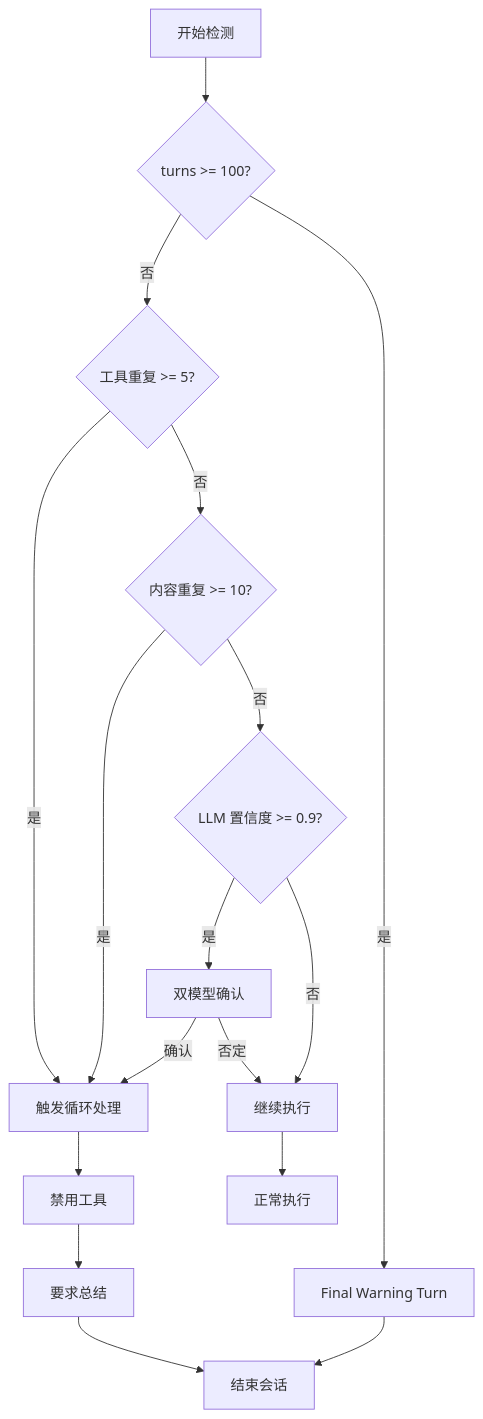
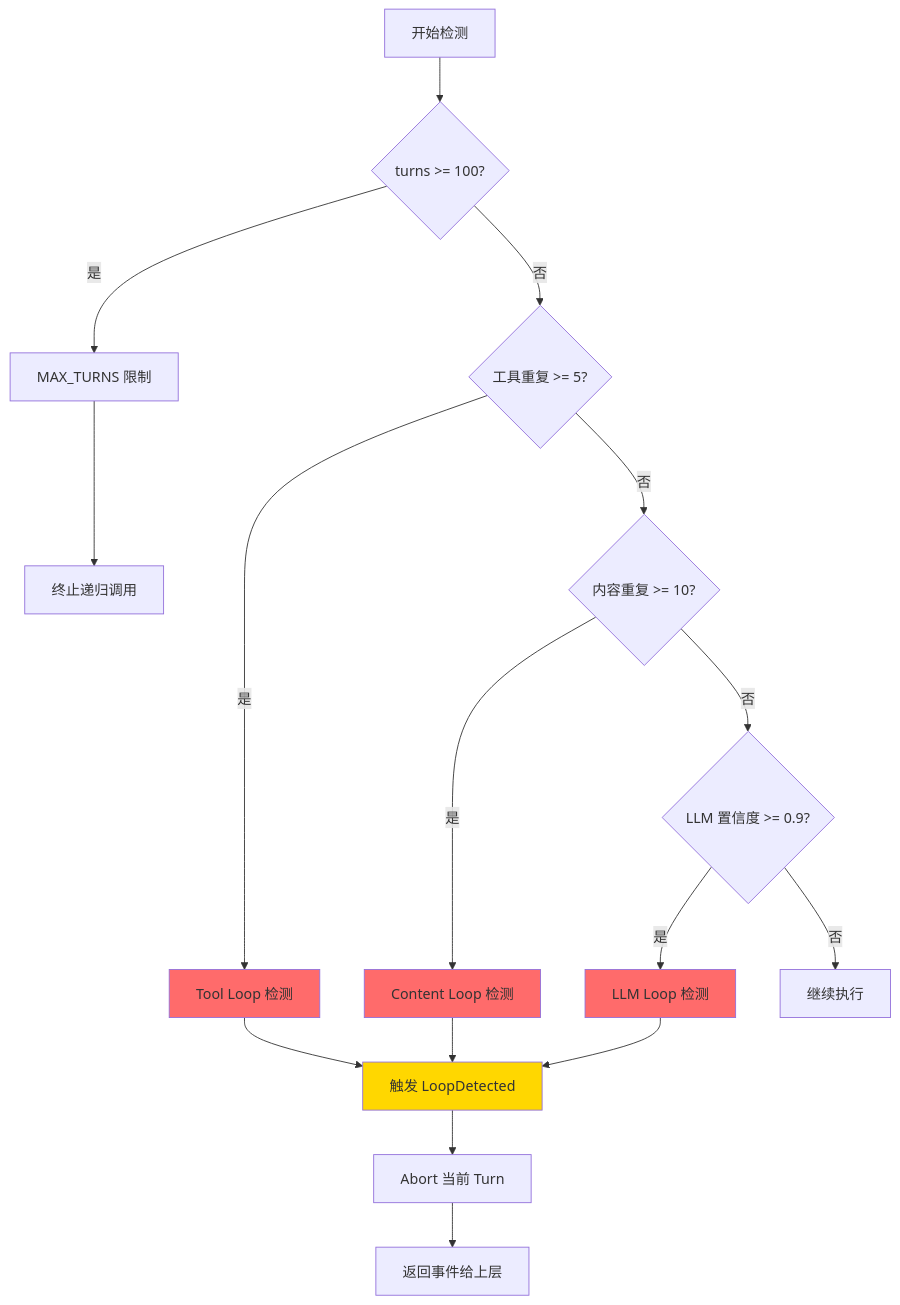
Before and after one commit to giraffe-tree/agent-base: diagram 11 of 11 in docs/gemini-cli/questions/gemini-cli-infinite-loop-prevention.md, drawn with Mermaid. The commit also changed other lines of this file and 39 other files, not shown here.

````diff
--- a/docs/gemini-cli/questions/gemini-cli-infinite-loop-prevention.md
+++ b/docs/gemini-cli/questions/gemini-cli-infinite-loop-prevention.md
@@ -277,19 +537,28 @@
 ```mermaid
 flowchart TD
     A[开始检测] --> B{turns >= 100?}
-    B -->|是| C[Final Warning Turn]
-    B -->|否| D{工具重复 >= 5?}
-    D -->|是| E[触发循环处理]
-    D -->|否| F{内容重复 >= 10?}
-    F -->|是| E
-    F -->|否| G{LLM 置信度 >= 0.9?}
-    G -->|是| H[双模型确认]
-    H -->|确认| E
-    H -->|否定| I[继续执行]
-    G -->|否| I
-    E --> J[禁用工具]
-    J --> K[要求总结]
-    K --> L[结束会话]
-    C --> L
-    I --> M[正常执行]
+    B -->|是| C[MAX_TURNS 限制]
+    C --> D[终止递归调用]
+    B -->|否| E{工具重复 >= 5?}
+
+    E -->|是| F[Tool Loop 检测]
+    E -->|否| G{内容重复 >= 10?}
+
+    G -->|是| H[Content Loop 检测]
+    G -->|否| I{LLM 置信度 >= 0.9?}
+
+    I -->|是| J[LLM Loop 检测]
+    I -->|否| K[继续执行]
+
+    F --> L[触发 LoopDetected]
+    H --> L
+    J --> L
+
+    L --> M[Abort 当前 Turn]
+    M --> N[返回事件给上层]
+
+    style F fill:#FF6B6B
+    style H fill:#FF6B6B
+    style J fill:#FF6B6B
+    style L fill:#FFD700
 ```
````
